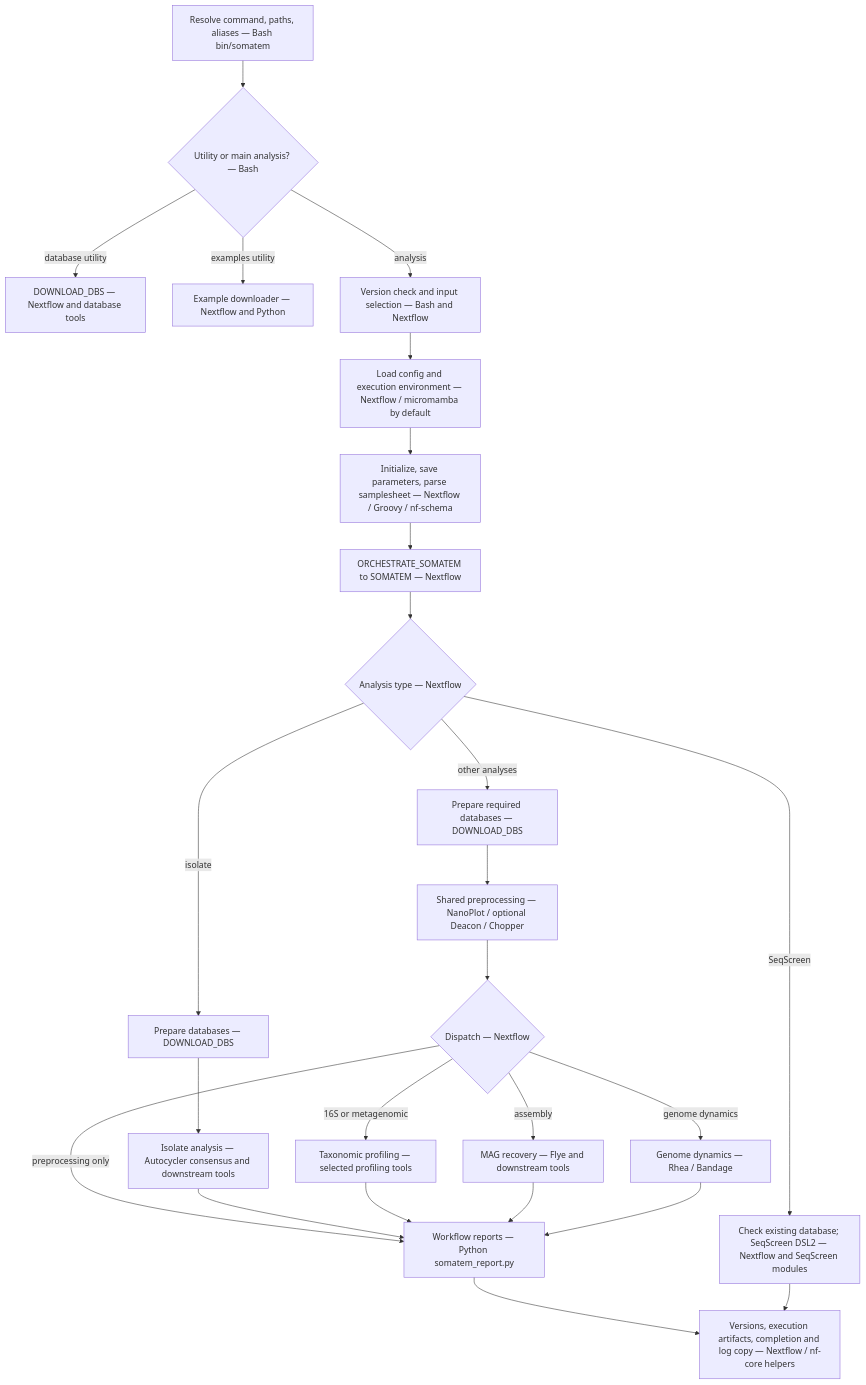
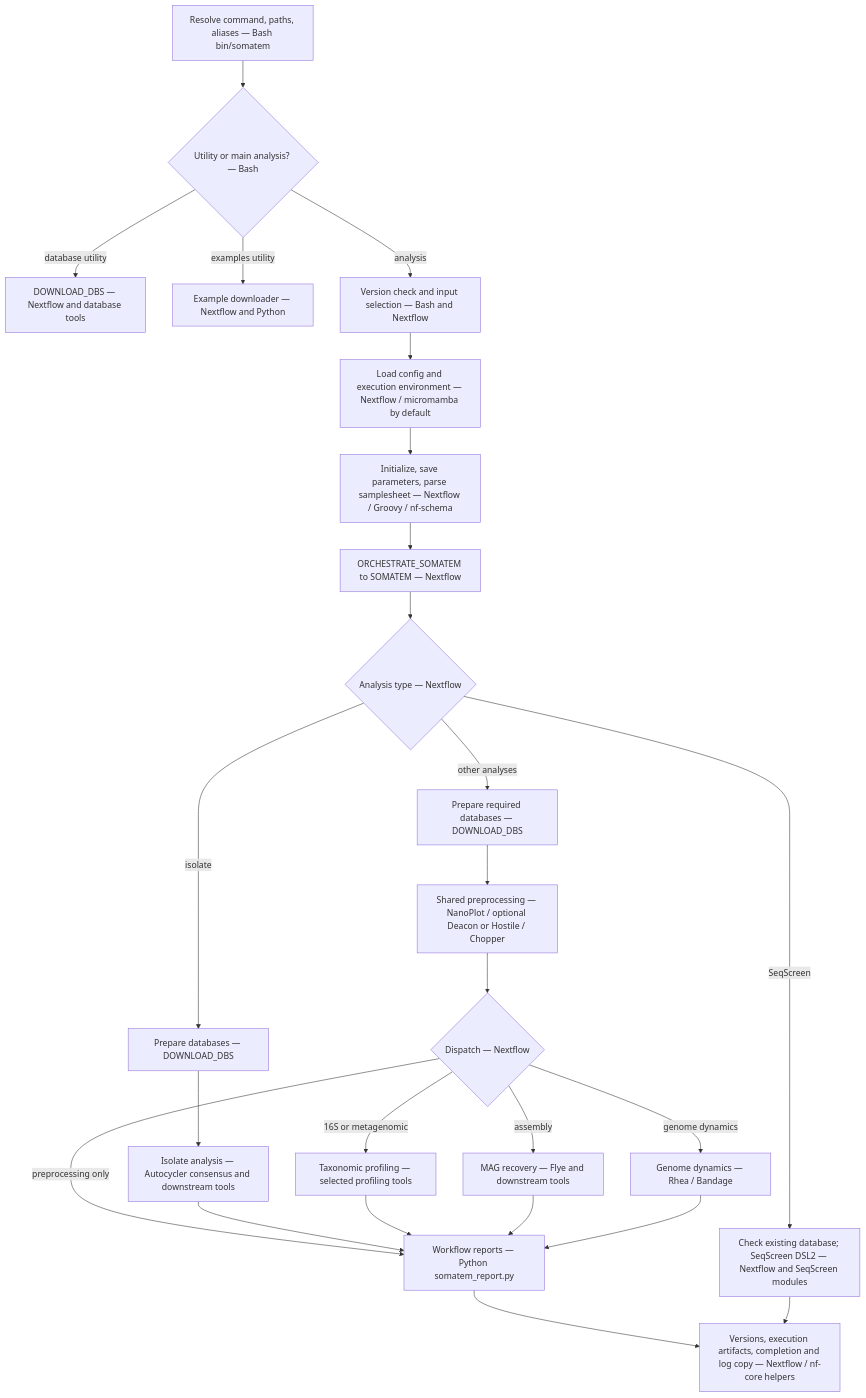
One commit to treangenlab/somatem changed the first of 17 diagrams in docs/workflow-breakdown.md. Above: the diagram before and after it, drawn with Mermaid. The commit also changed other lines of this file and 15 other files, not shown here.

````diff
--- a/docs/workflow-breakdown.md
+++ b/docs/workflow-breakdown.md
@@ -37,27 +37,27 @@
 ```mermaid
 flowchart TD
     L["Resolve command, paths, aliases — Bash bin/somatem"] --> U{"Utility or main analysis? — Bash"}
     U -->|database utility| DB["DOWNLOAD_DBS — Nextflow and database tools"]
     U -->|examples utility| EX["Example downloader — Nextflow and Python"]
     U -->|analysis| V["Version check and input selection — Bash and Nextflow"]
     V --> C["Load config and execution environment — Nextflow / micromamba by default"]
     C --> I["Initialize, save parameters, parse samplesheet — Nextflow / Groovy / nf-schema"]
     I --> O["ORCHESTRATE_SOMATEM to SOMATEM — Nextflow"]
     O --> Q{"Analysis type — Nextflow"}
     Q -->|isolate| ID["Prepare databases — DOWNLOAD_DBS"]
     ID --> IA["Isolate analysis — Autocycler consensus and downstream tools"]
     Q -->|SeqScreen| SQ["Check existing database; SeqScreen DSL2 — Nextflow and SeqScreen modules"]
     Q -->|other analyses| D["Prepare required databases — DOWNLOAD_DBS"]
-    D --> P["Shared preprocessing — NanoPlot / optional Deacon / Chopper"]
+    D --> P["Shared preprocessing — NanoPlot / optional Deacon or Hostile / Chopper"]
     P --> T{"Dispatch — Nextflow"}
     T -->|preprocessing only| R["Workflow reports — Python somatem_report.py"]
     T -->|16S or metagenomic| TAX["Taxonomic profiling — selected profiling tools"]
     T -->|assembly| MAG["MAG recovery — Flye and downstream tools"]
     T -->|genome dynamics| GD["Genome dynamics — Rhea / Bandage"]
     IA --> R
     TAX --> R
     MAG --> R
     GD --> R
     R --> F["Versions, execution artifacts, completion and log copy — Nextflow / nf-core helpers"]
     SQ --> F
 ```
````
